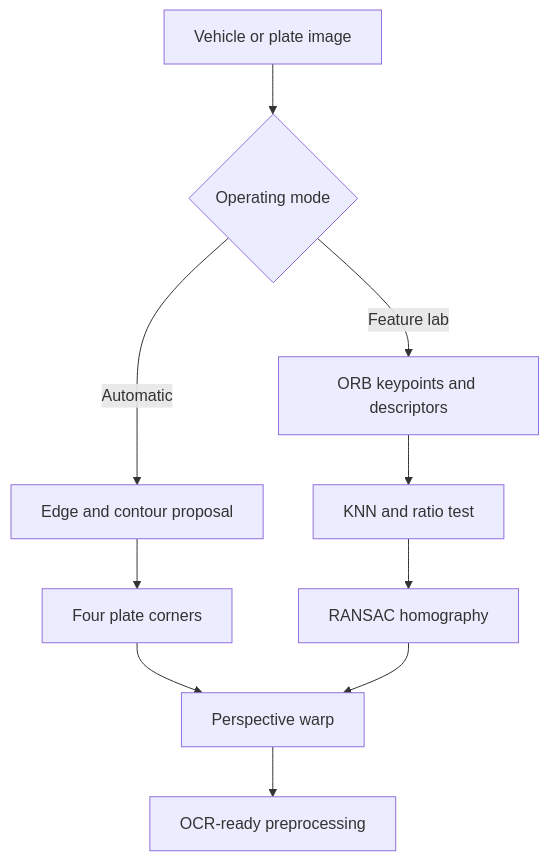
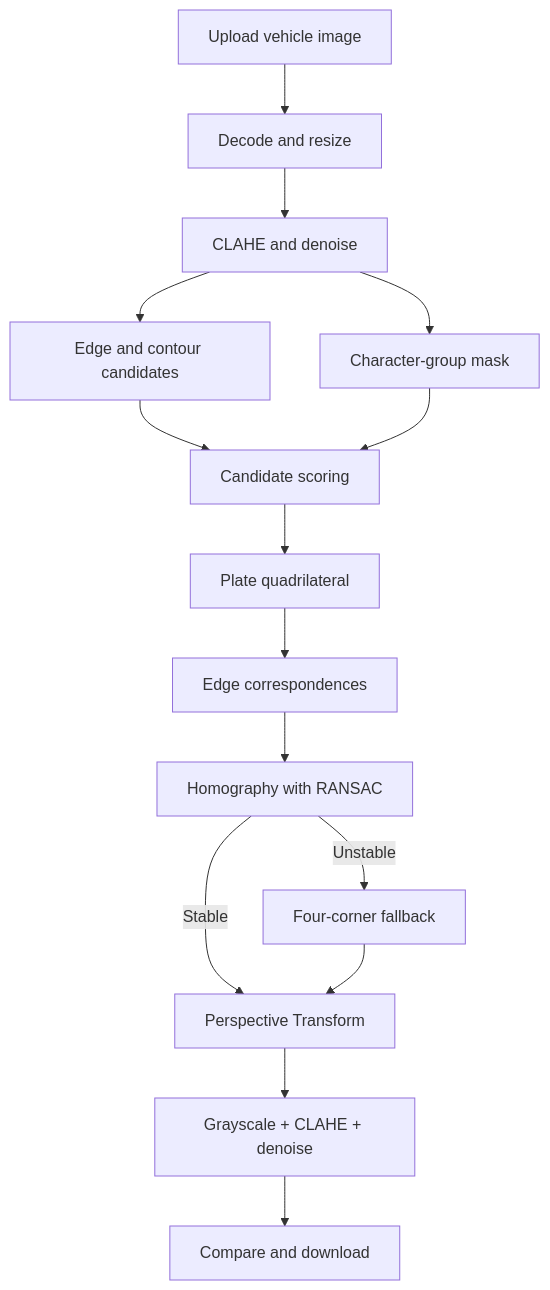
One commit to Kowit1/vehicle-plate-rectification changed the diagram in PROJECT_REPORT_GUIDE.md. Above: the diagram before and after it, drawn with Mermaid. The commit also changed other lines of this file and 16 other files, not shown here.

````diff
--- a/PROJECT_REPORT_GUIDE.md
+++ b/PROJECT_REPORT_GUIDE.md
@@ -21,12 +21,17 @@
 ```mermaid
 flowchart TD
-    A[Vehicle or plate image] --> B{Operating mode}
-    B -->|Automatic| C[Edge and contour proposal]
-    B -->|Feature lab| D[ORB keypoints and descriptors]
-    C --> E[Four plate corners]
-    D --> F[KNN and ratio test]
-    F --> G[RANSAC homography]
-    E --> H[Perspective warp]
-    G --> H
-    H --> I[OCR-ready preprocessing]
+    A[Upload vehicle image] --> B[Decode and resize]
+    B --> C[CLAHE and denoise]
+    C --> D[Edge and contour candidates]
+    C --> E[Character-group mask]
+    D --> F[Candidate scoring]
+    E --> F
+    F --> G[Plate quadrilateral]
+    G --> H[Edge correspondences]
+    H --> I[Homography with RANSAC]
+    I -->|Stable| J[Perspective Transform]
+    I -->|Unstable| K[Four-corner fallback]
+    K --> J
+    J --> L[Grayscale + CLAHE + denoise]
+    L --> M[Compare and download]
 ```
````
